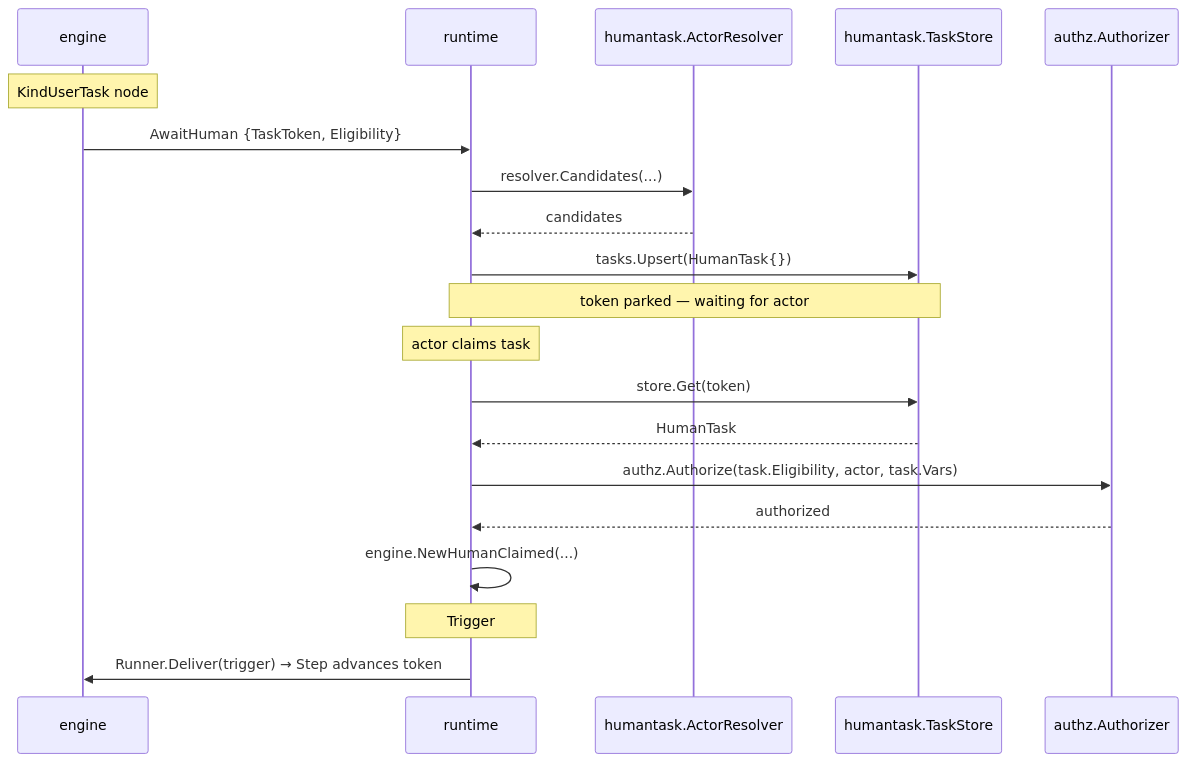
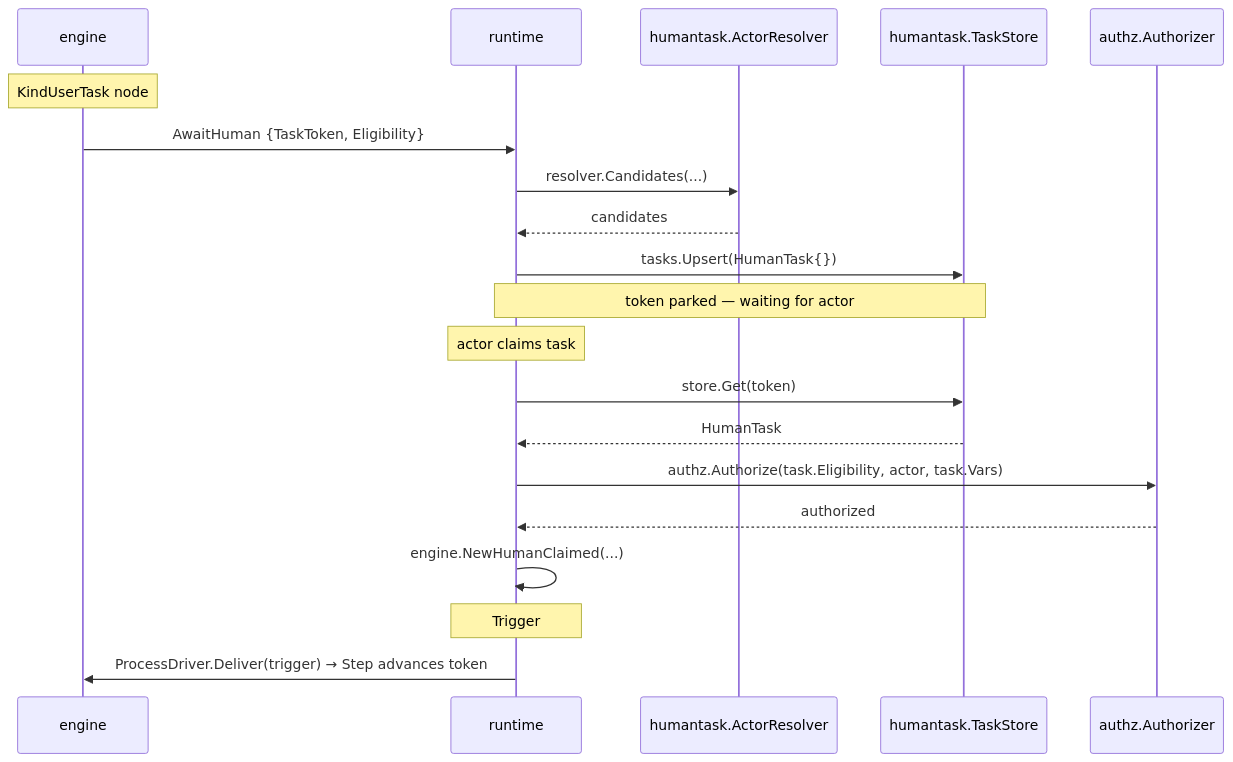
The second of 9 diagrams in INTERACTIONS.md (kartaladev/wrkflw), drawn with Mermaid before and after one commit. The commit also changed other lines of this file and 40 other files, not shown here.

````diff
--- a/INTERACTIONS.md
+++ b/INTERACTIONS.md
@@ -87,24 +87,24 @@
 ```mermaid
 sequenceDiagram
     participant E as engine
     participant R as runtime
     participant AR as humantask.ActorResolver
     participant TS as humantask.TaskStore
     participant AZ as authz.Authorizer
 
     Note over E: KindUserTask node
     E->>R: AwaitHuman {TaskToken, Eligibility}
     R->>AR: resolver.Candidates(...)
     AR-->>R: candidates
     R->>TS: tasks.Upsert(HumanTask{})
     Note over R,TS: token parked — waiting for actor
 
     Note over R: actor claims task
     R->>TS: store.Get(token)
     TS-->>R: HumanTask
     R->>AZ: authz.Authorize(task.Eligibility, actor, task.Vars)
     AZ-->>R: authorized
     R->>R: engine.NewHumanClaimed(...)
     Note over R: Trigger
-    R->>E: Runner.Deliver(trigger) → Step advances token
+    R->>E: ProcessDriver.Deliver(trigger) → Step advances token
 ```
````
